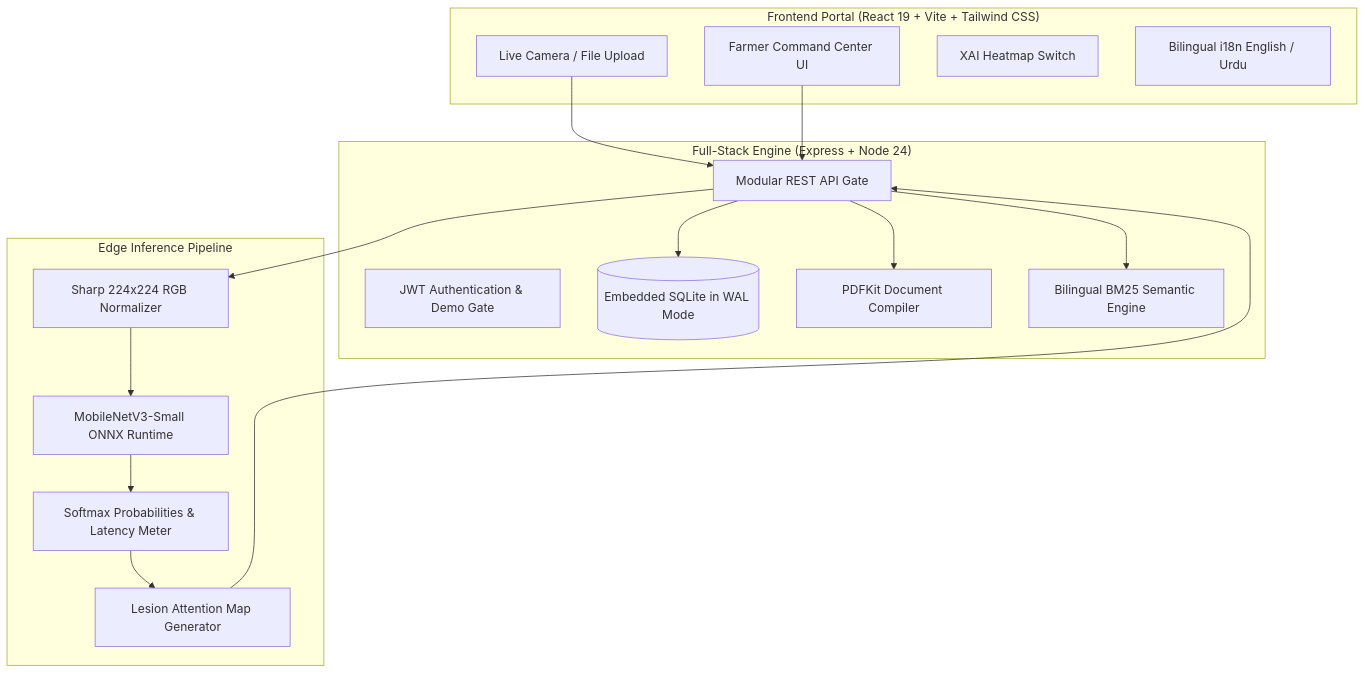
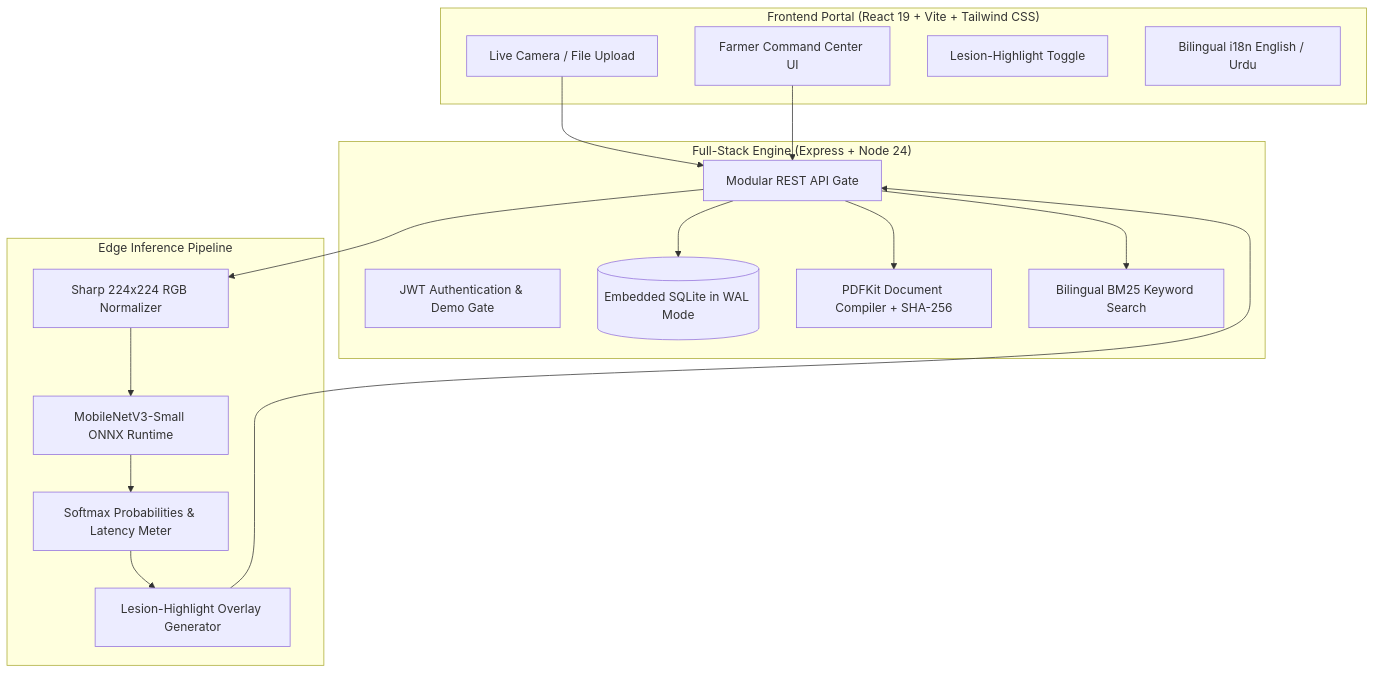
One commit to zaid-mian/agrivision-ai changed the first of 2 diagrams in README.md. Above: the diagram before and after it, drawn with Mermaid. The commit also changed other lines of this file and 8 other files, not shown here.

````diff
--- a/README.md
+++ b/README.md
@@ -68,35 +68,35 @@
 ```mermaid
 flowchart TD
     subgraph Client ["Frontend Portal (React 19 + Vite + Tailwind CSS)"]
         UI[Farmer Command Center UI]
         Cam[Live Camera / File Upload]
-        HeatmapToggle[XAI Heatmap Switch]
+        HeatmapToggle[Lesion-Highlight Toggle]
         Lang[Bilingual i18n English / Urdu]
     end
 
     subgraph Server ["Full-Stack Engine (Express + Node 24)"]
         Router[Modular REST API Gate]
         Auth[JWT Authentication & Demo Gate]
         DB[(Embedded SQLite in WAL Mode)]
-        PDF[PDFKit Document Compiler]
-        RAG[Bilingual BM25 Semantic Engine]
+        PDF[PDFKit Document Compiler + SHA-256]
+        RAG[Bilingual BM25 Keyword Search]
     end
 
     subgraph ML ["Edge Inference Pipeline"]
         Sharp[Sharp 224x224 RGB Normalizer]
         ONNX[MobileNetV3-Small ONNX Runtime]
         Top3[Softmax Probabilities & Latency Meter]
-        HeatmapGen[Lesion Attention Map Generator]
+        HeatmapGen[Lesion-Highlight Overlay Generator]
     end
 
     Cam --> Router
     Router --> Sharp
     Sharp --> ONNX
     ONNX --> Top3
     Top3 --> HeatmapGen
     HeatmapGen --> Router
     Router --> DB
     UI --> Router
     Router --> RAG
     Router --> PDF
 ```
````
